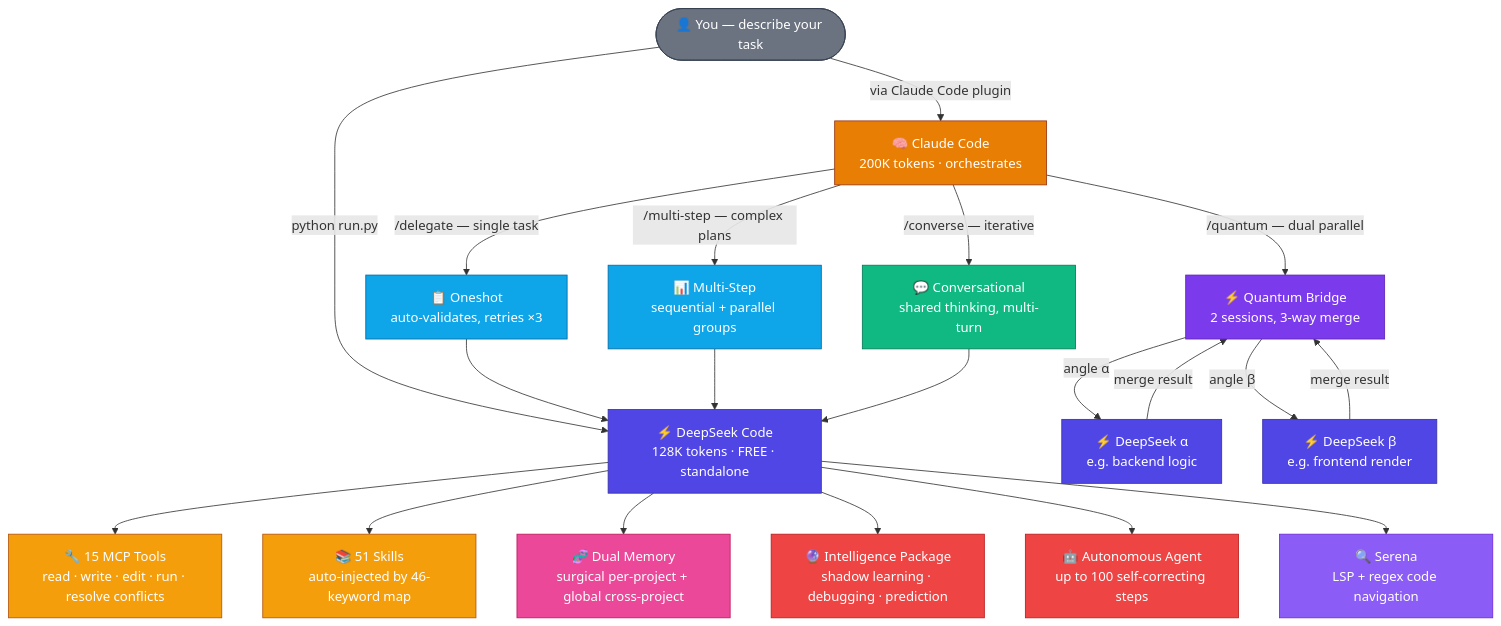
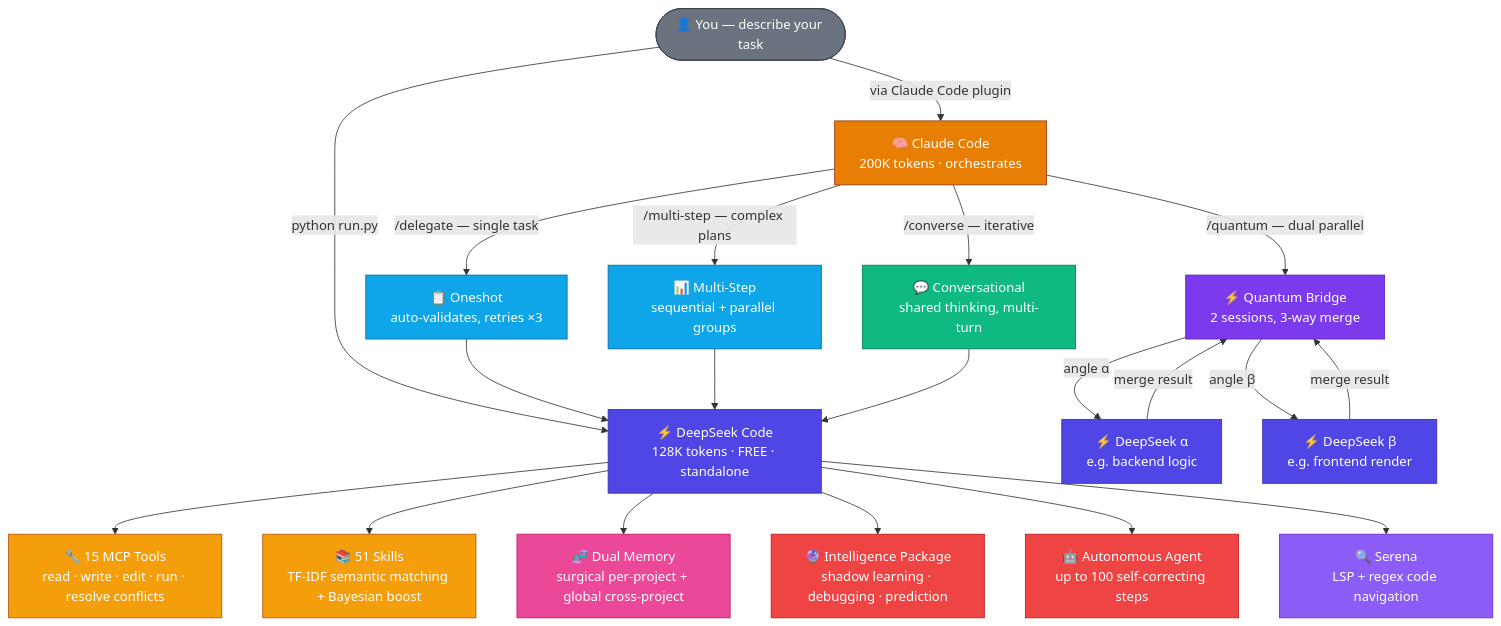
One commit to Galidar/DeepSeekCode changed the second of 5 diagrams in README.md. Above: the diagram before and after it, drawn with Mermaid. The commit also changed other lines of this file and 4 other files, not shown here.

````diff
--- a/README.md
+++ b/README.md
@@ -133,43 +135,43 @@
 ```mermaid
 graph TB
     User(["👤 You — describe your task"])
 
     User -->|"python run.py"| DS["⚡ DeepSeek Code<br/>128K tokens · FREE · standalone"]
     User -->|"via Claude Code plugin"| CC["🧠 Claude Code<br/>200K tokens · orchestrates"]
 
     CC -->|"/delegate — single task"| DEL["📋 Oneshot<br/>auto-validates, retries ×3"]
     CC -->|"/quantum — dual parallel"| QB["⚡ Quantum Bridge<br/>2 sessions, 3-way merge"]
     CC -->|"/multi-step — complex plans"| MS["📊 Multi-Step<br/>sequential + parallel groups"]
     CC -->|"/converse — iterative"| CV["💬 Conversational<br/>shared thinking, multi-turn"]
 
     DEL --> DS
     QB -->|"angle α"| DSA["⚡ DeepSeek α<br/>e.g. backend logic"]
     QB -->|"angle β"| DSB["⚡ DeepSeek β<br/>e.g. frontend render"]
     DSA -->|"merge result"| QB
     DSB -->|"merge result"| QB
     MS --> DS
     CV --> DS
 
     DS --> TOOLS["🔧 15 MCP Tools<br/>read · write · edit · run · resolve conflicts"]
-    DS --> SKILLS["📚 51 Skills<br/>auto-injected by 46-keyword map"]
+    DS --> SKILLS["📚 51 Skills<br/>TF-IDF semantic matching + Bayesian boost"]
     DS --> MEM["🧬 Dual Memory<br/>surgical per-project + global cross-project"]
     DS --> INTEL["🔮 Intelligence Package<br/>shadow learning · debugging · prediction"]
     DS --> AGENT["🤖 Autonomous Agent<br/>up to 100 self-correcting steps"]
     DS --> SERENA["🔍 Serena<br/>LSP + regex code navigation"]
 
     style User fill:#6B7280,stroke:#374151,color:#fff
     style CC fill:#E87E04,stroke:#9A3412,color:#fff
     style DS fill:#4F46E5,stroke:#3730A3,color:#fff
     style DSA fill:#4F46E5,stroke:#3730A3,color:#fff
     style DSB fill:#4F46E5,stroke:#3730A3,color:#fff
     style DEL fill:#0EA5E9,stroke:#0369A1,color:#fff
     style QB fill:#7C3AED,stroke:#5B21B6,color:#fff
     style MS fill:#0EA5E9,stroke:#0369A1,color:#fff
     style CV fill:#10B981,stroke:#047857,color:#fff
     style TOOLS fill:#F59E0B,stroke:#B45309,color:#fff
     style SKILLS fill:#F59E0B,stroke:#B45309,color:#fff
     style MEM fill:#EC4899,stroke:#BE185D,color:#fff
     style INTEL fill:#EF4444,stroke:#B91C1C,color:#fff
     style AGENT fill:#EF4444,stroke:#B91C1C,color:#fff
     style SERENA fill:#8B5CF6,stroke:#6D28D9,color:#fff
 ```
````
